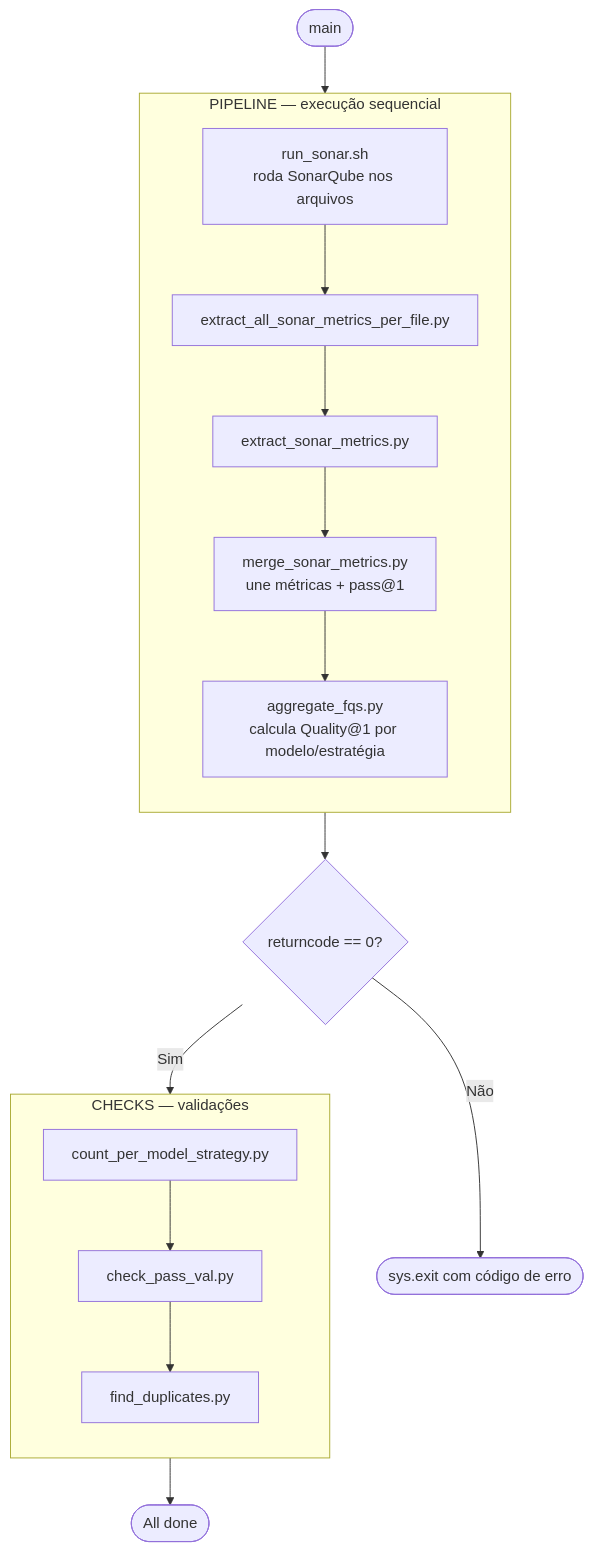
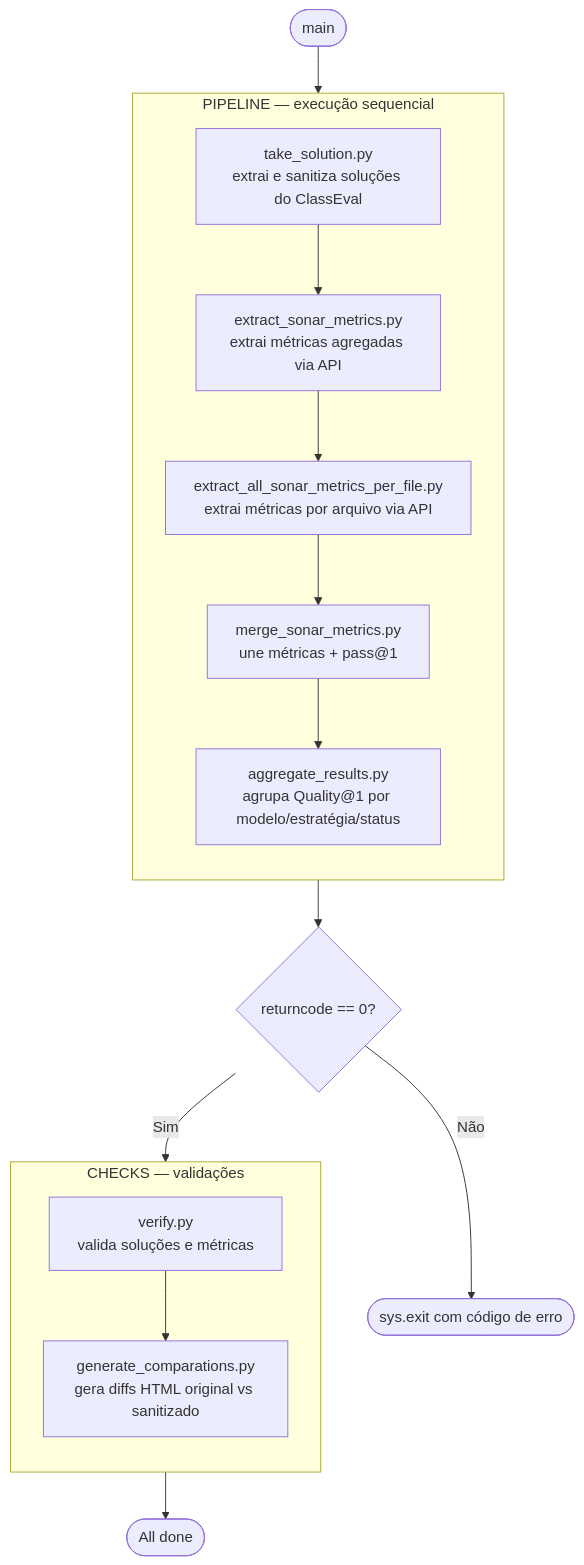
One commit to SouzaBernardo/quality_at_k changed the diagram in README.md. Above: the diagram before and after it, drawn with Mermaid. The commit also changed other lines of this file and 3 other files, not shown here.

````diff
--- a/README.md
+++ b/README.md
@@ -101,26 +99,25 @@
 ```mermaid
 flowchart TD
     A([main]) --> B
 
     subgraph PIPELINE [PIPELINE — execução sequencial]
         direction TB
-        B[run_sonar.sh\nroda SonarQube nos arquivos]
-        B --> C[extract_all_sonar_metrics_per_file.py]
-        C --> D[extract_sonar_metrics.py]
+        B[take_solution.py\nextrai e sanitiza soluções do ClassEval]
+        B --> C[extract_sonar_metrics.py\nextrai métricas agregadas via API]
+        C --> D[extract_all_sonar_metrics_per_file.py\nextrai métricas por arquivo via API]
         D --> E[merge_sonar_metrics.py\nune métricas + pass@1]
-        E --> F[aggregate_fqs.py\ncalcula Quality@1 por modelo/estratégia]
+        E --> F[aggregate_results.py\nagrupa Quality@1 por modelo/estratégia/status]
     end
 
     F --> G{returncode == 0?}
     G -- Não --> STOP([sys.exit com código de erro])
     G -- Sim --> H
 
     subgraph CHECKS [CHECKS — validações]
         direction TB
-        H[count_per_model_strategy.py]
-        H --> I[check_pass_val.py]
-        I --> J[find_duplicates.py]
+        H[verify.py\nvalida soluções e métricas]
+        H --> I[generate_comparations.py\ngera diffs HTML original vs sanitizado]
     end
 
-    J --> K([All done])
+    I --> K([All done])
 ```
````
